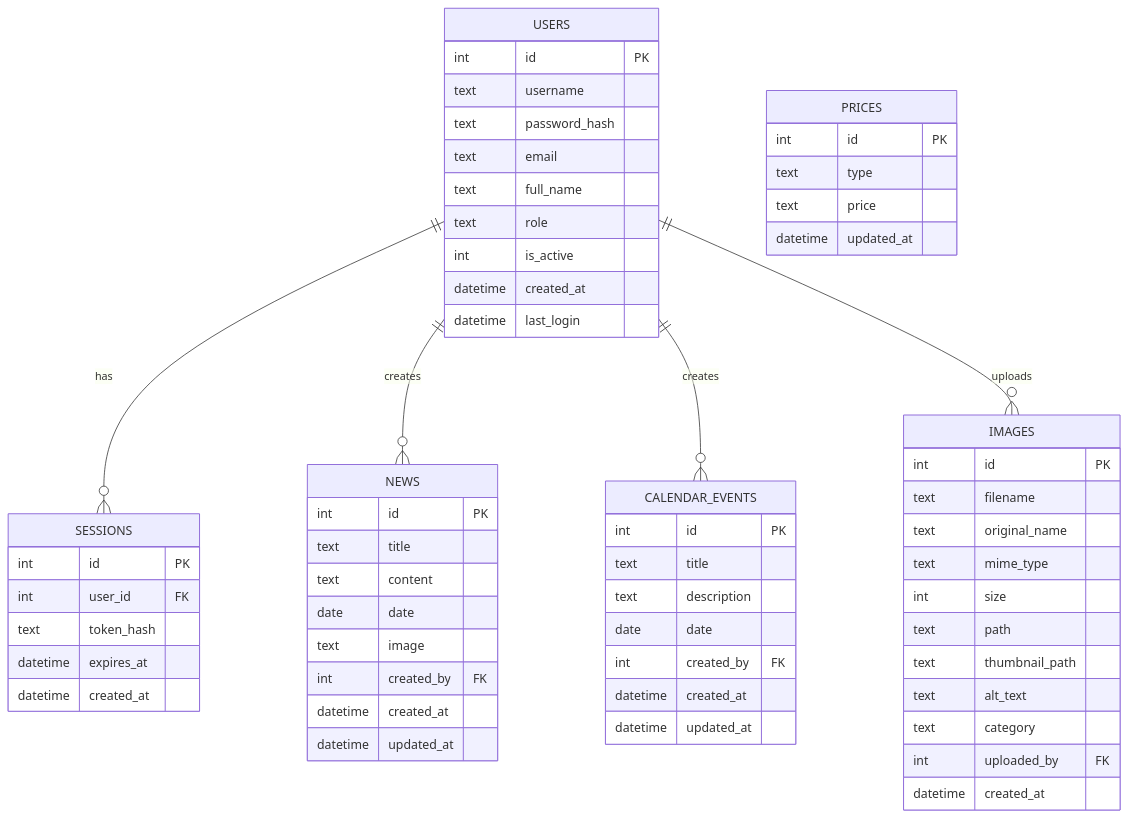
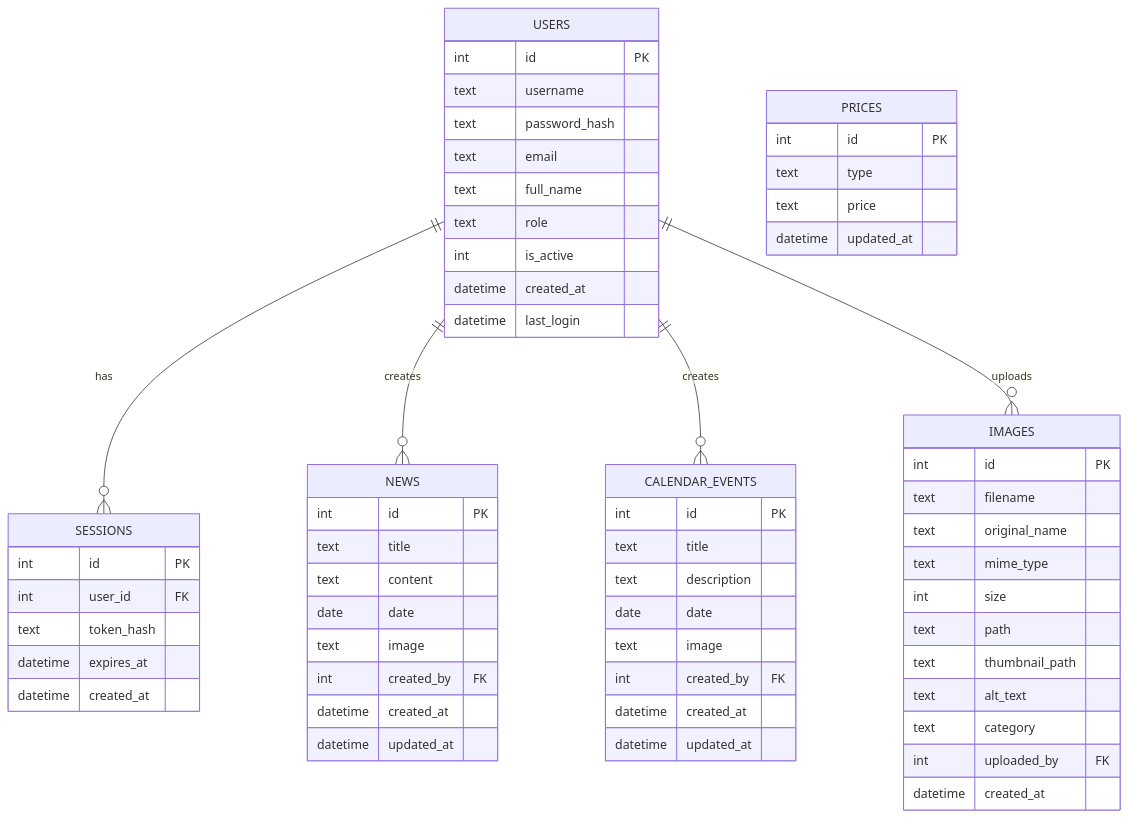
The third of 4 diagrams in Docs/Architecture.md (aairom/ajj-clone), drawn with Mermaid before and after one commit. The commit also changed other lines of this file and 5 other files, not shown here.

````diff
--- a/Docs/Architecture.md
+++ b/Docs/Architecture.md
@@ -89,64 +99,65 @@
 ```mermaid
 erDiagram
     USERS {
         int id PK
         text username
         text password_hash
         text email
         text full_name
         text role
         int is_active
         datetime created_at
         datetime last_login
     }
     SESSIONS {
         int id PK
         int user_id FK
         text token_hash
         datetime expires_at
         datetime created_at
     }
     NEWS {
         int id PK
         text title
         text content
         date date
         text image
         int created_by FK
         datetime created_at
         datetime updated_at
     }
     CALENDAR_EVENTS {
         int id PK
         text title
         text description
         date date
+        text image
         int created_by FK
         datetime created_at
         datetime updated_at
     }
     IMAGES {
         int id PK
         text filename
         text original_name
         text mime_type
         int size
         text path
         text thumbnail_path
         text alt_text
         text category
         int uploaded_by FK
         datetime created_at
     }
     PRICES {
         int id PK
         text type
         text price
         datetime updated_at
     }
 
     USERS ||--o{ SESSIONS : "has"
     USERS ||--o{ NEWS : "creates"
     USERS ||--o{ CALENDAR_EVENTS : "creates"
     USERS ||--o{ IMAGES : "uploads"
 ```
````
